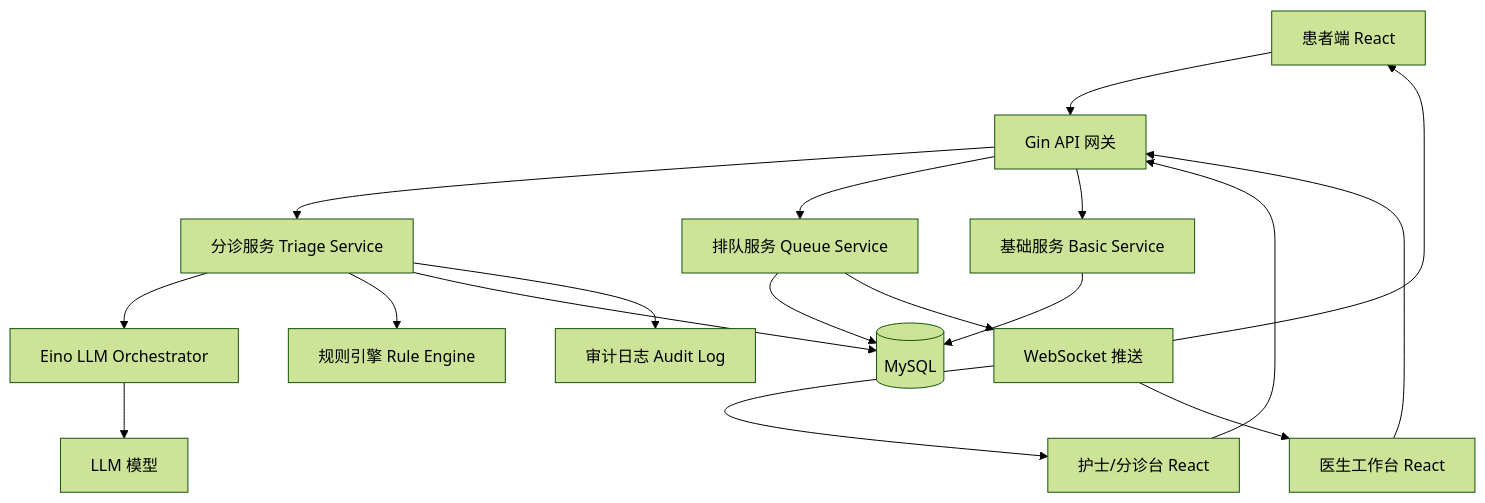
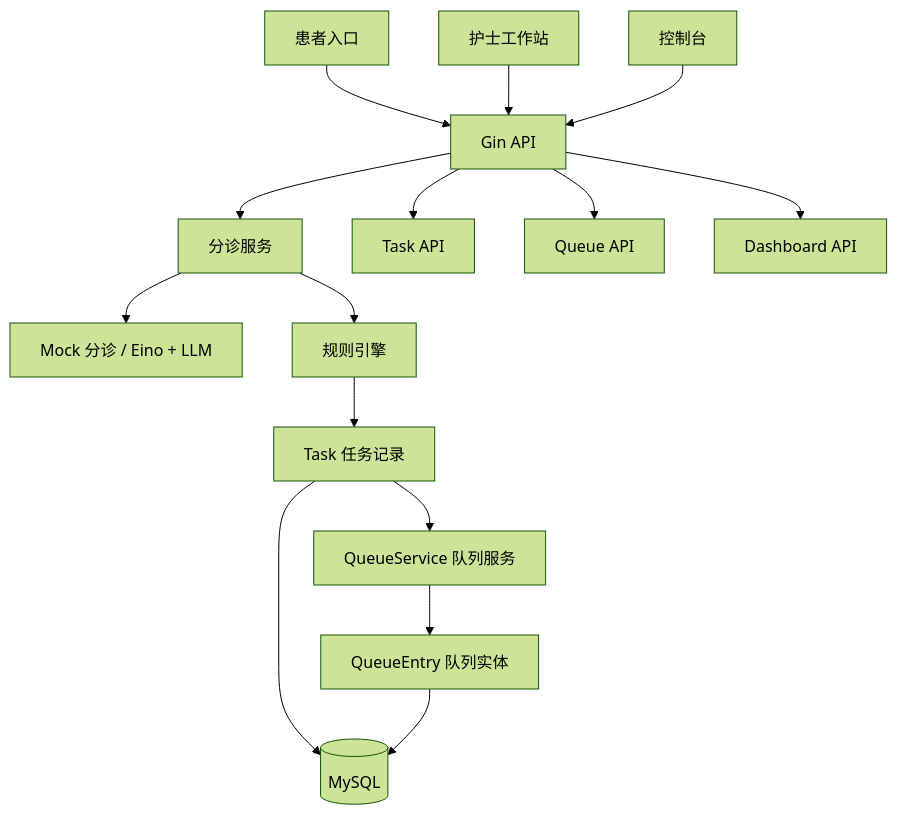
One commit to WenQuanXXS/TriageFlow changed the first of 2 diagrams in README.md. Above: the diagram before and after it, drawn with Mermaid (forest theme). The commit also changed other lines of this file and 2 other files, not shown here.

````diff
--- a/README.md
+++ b/README.md
@@ -113,25 +137,21 @@
 ```mermaid
 flowchart TD
-    A[患者端 React] --> B[Gin API 网关]
-    C[护士/分诊台 React] --> B
-    D[医生工作台 React] --> B
+    A["患者入口"] --> B["Gin API"]
+    C["护士工作站"] --> B
+    D["控制台"] --> B
 
-    B --> E[分诊服务 Triage Service]
-    B --> F[排队服务 Queue Service]
-    B --> G[基础服务 Basic Service]
+    B --> E["分诊服务"]
+    E --> F["Mock 分诊 / Eino + LLM"]
+    E --> G["规则引擎"]
 
-    E --> H[Eino LLM Orchestrator]
-    H --> I[LLM 模型]
-    E --> J[规则引擎 Rule Engine]
-    E --> K[(MySQL)]
+    G --> H["Task 任务记录"]
+    H --> I["QueueService 队列服务"]
+    I --> J["QueueEntry 队列实体"]
 
-    F --> K
-    G --> K
+    H --> K[("MySQL")]
+    J --> K
 
-    F --> M[WebSocket 推送]
-    M --> A
-    M --> C
-    M --> D
-
-    E --> L[审计日志 Audit Log]
+    B --> L["Task API"]
+    B --> M["Queue API"]
+    B --> N["Dashboard API"]
 ```
````
